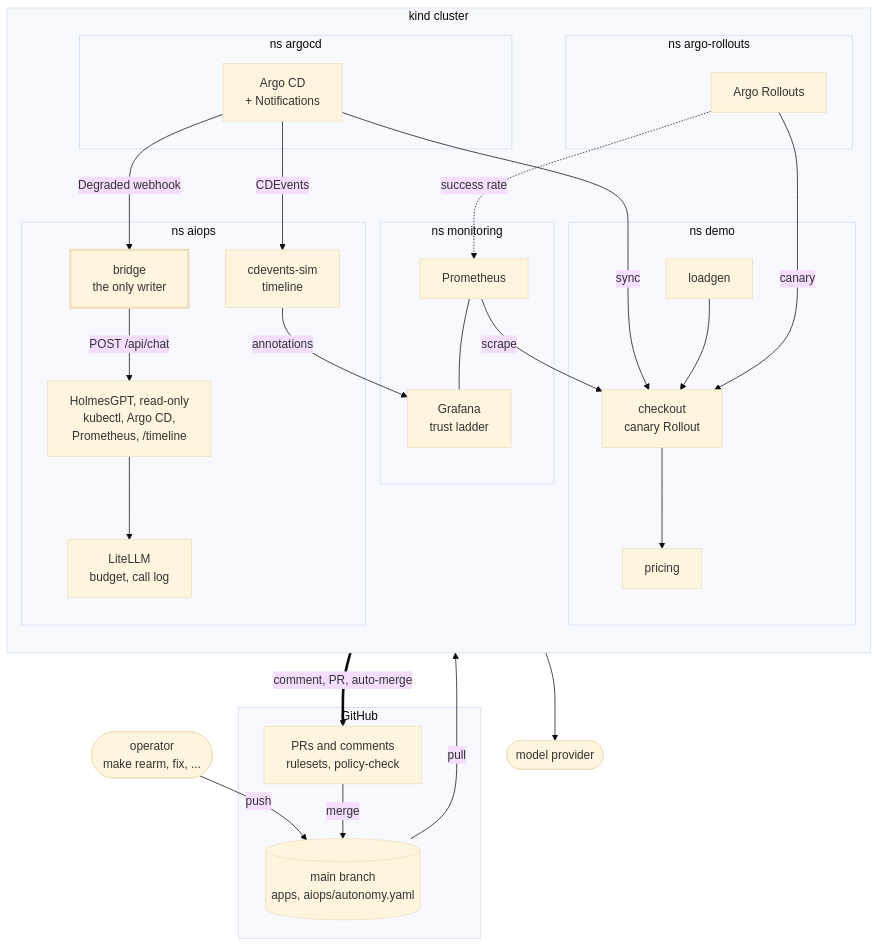
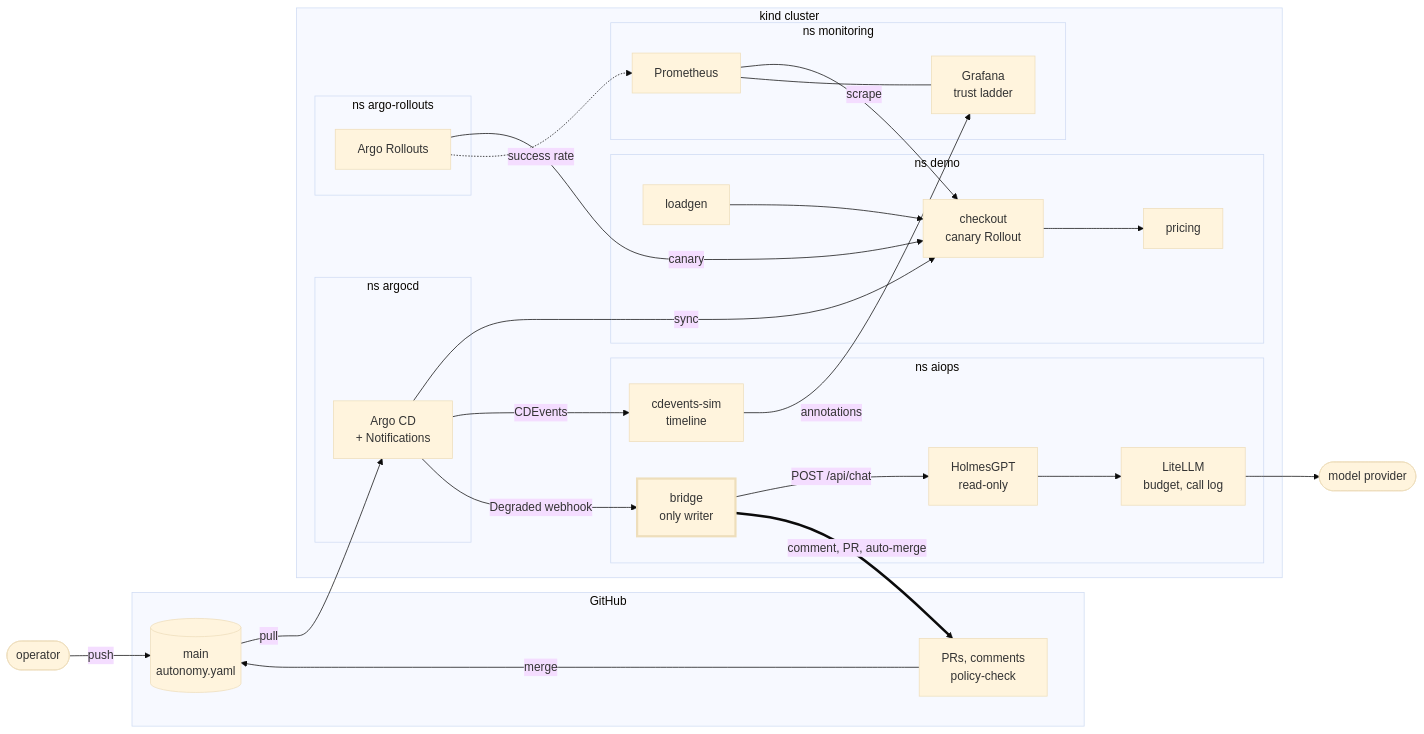
One commit to argo-multiverse-labs/argoconna26 changed the first of 2 diagrams in README.md. Above: the diagram before and after it, drawn with Mermaid (base theme).

Commit message:
docs(readme): lay the components diagram out left to right, shorter labels

````diff
--- a/README.md
+++ b/README.md
@@ -109,55 +109,54 @@
 ```mermaid
-flowchart TB
-  op(["operator<br/>make rearm, fix, ..."])
+flowchart LR
+  op(["operator"])
 
   subgraph gh["GitHub"]
-    repo[("main branch<br/>apps, aiops/autonomy.yaml")]
-    prs["PRs and comments<br/>rulesets, policy-check"]
+    repo[("main<br/>autonomy.yaml")]
+    prs["PRs, comments<br/>policy-check"]
   end
 
   subgraph kind["kind cluster"]
-    direction TB
     subgraph ns_argocd["ns argocd"]
       acd["Argo CD<br/>+ Notifications"]
     end
     subgraph ns_demo["ns demo"]
       checkout["checkout<br/>canary Rollout"]
       pricing["pricing"]
       loadgen["loadgen"]
     end
     subgraph ns_rollouts["ns argo-rollouts"]
       ro["Argo Rollouts"]
     end
     subgraph ns_monitoring["ns monitoring"]
       prom["Prometheus"]
       graf["Grafana<br/>trust ladder"]
     end
     subgraph ns_aiops["ns aiops"]
-      bridge["bridge<br/>the only writer"]
-      holmes["HolmesGPT, read-only<br/>kubectl, Argo CD,<br/>Prometheus, /timeline"]
+      bridge["bridge<br/>only writer"]
+      holmes["HolmesGPT<br/>read-only"]
       llm["LiteLLM<br/>budget, call log"]
       sim["cdevents-sim<br/>timeline"]
     end
   end
 
   model(["model provider"])
 
   op -->|push| repo
   prs -->|merge| repo
   repo -->|pull| acd
   acd -->|sync| checkout
   loadgen --> checkout --> pricing
   ro -->|canary| checkout
   ro -.->|success rate| prom
   prom -->|scrape| checkout
   prom --- graf
   acd -->|CDEvents| sim
   sim -->|annotations| graf
   acd -->|Degraded webhook| bridge
   bridge -->|POST /api/chat| holmes
   holmes --> llm --> model
   bridge ==>|comment, PR, auto-merge| prs
 
   classDef writer stroke-width:3px
   class bridge writer
 ```
````
